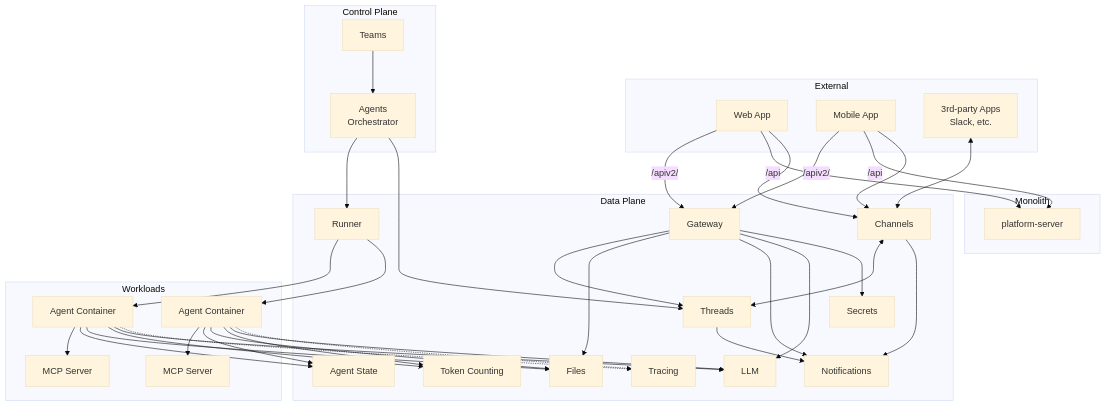
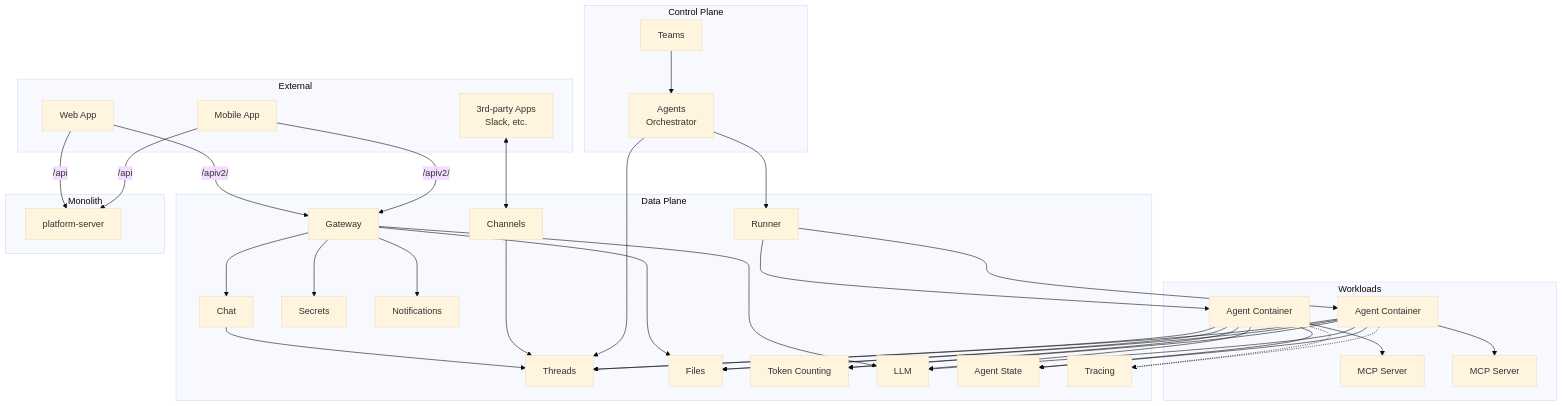
The diagram in architecture/system-overview.md (agynio/architecture), drawn with Mermaid (base theme) before and after one commit. The commit also changed other lines of this file and 7 other files, not shown here.

First line of the commit message:
Refactor Threads, add Chat service, add delivery open question

````diff
--- a/architecture/system-overview.md
+++ b/architecture/system-overview.md
@@ -7,66 +7,66 @@
 ```mermaid
 graph TB
     subgraph External
         WebApp[Web App]
         MobileApp[Mobile App]
         ThirdParty[3rd-party Apps<br/>Slack, etc.]
     end
 
     subgraph Control Plane
         Teams[Teams]
         AgentsOrch[Agents<br/>Orchestrator]
     end
 
     subgraph Data Plane
         Gateway[Gateway]
+        Chat[Chat]
         Channels[Channels]
         Threads[Threads]
         Files[Files]
         TokenCounting[Token Counting]
         LLM[LLM]
         Secrets[Secrets]
         Notifications[Notifications]
         Runner[Runner]
         AgentState[Agent State]
         Tracing[Tracing]
     end
 
     subgraph Workloads
         Agent1[Agent Container]
         Agent2[Agent Container]
         MCP1[MCP Server]
         MCP2[MCP Server]
     end
 
     subgraph Monolith
         PS[platform-server]
     end
 
     WebApp & MobileApp -- "/apiv2/" --> Gateway
     WebApp & MobileApp -- "/api" --> PS
     ThirdParty <--> Channels
-    WebApp & MobileApp --> Channels
 
-    Gateway --> Threads
+    Gateway --> Chat
     Gateway --> Files
     Gateway --> Notifications
     Gateway --> LLM
     Gateway --> Secrets
-    Channels <--> Threads
-    Channels --> Notifications
+    Chat --> Threads
+    Channels --> Threads
 
-    Threads --> Notifications
     AgentsOrch --> Runner
     AgentsOrch --> Threads
 
     Runner --> Agent1 & Agent2
     Agent1 --> MCP1
     Agent2 --> MCP2
+    Agent1 & Agent2 --> Threads
     Agent1 & Agent2 --> AgentState
     Agent1 & Agent2 --> Files
     Agent1 & Agent2 --> TokenCounting
     Agent1 & Agent2 --> LLM
     Agent1 & Agent2 -.-> Tracing
 
     Teams --> AgentsOrch
 ```
````
